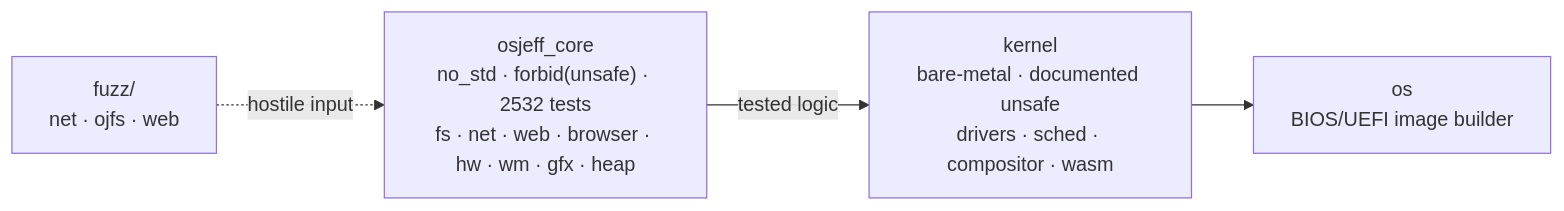
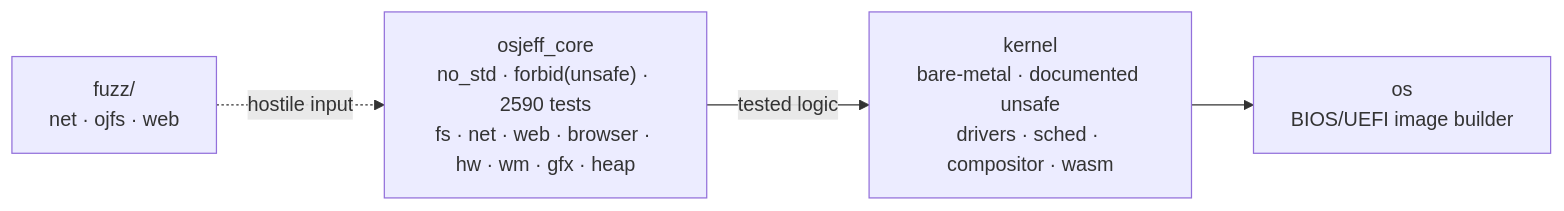
The diagram in README.en.md (Jeffinp/OSjeff), drawn with Mermaid before and after one commit. The commit also changed other lines of this file and 23 other files, not shown here.

````diff
--- a/README.en.md
+++ b/README.en.md
@@ -98,9 +98,9 @@
 ```mermaid
 flowchart LR
-    CORE["osjeff_core<br/>no_std · forbid(unsafe) · 2532 tests<br/>fs · net · web · browser · hw · wm · gfx · heap"]
+    CORE["osjeff_core<br/>no_std · forbid(unsafe) · 2590 tests<br/>fs · net · web · browser · hw · wm · gfx · heap"]
     KERNEL["kernel<br/>bare-metal · documented unsafe<br/>drivers · sched · compositor · wasm"]
     OS["os<br/>BIOS/UEFI image builder"]
     FUZZ["fuzz/<br/>net · ojfs · web"]
     CORE -->|tested logic| KERNEL --> OS
     FUZZ -.->|hostile input| CORE
 ```
````
